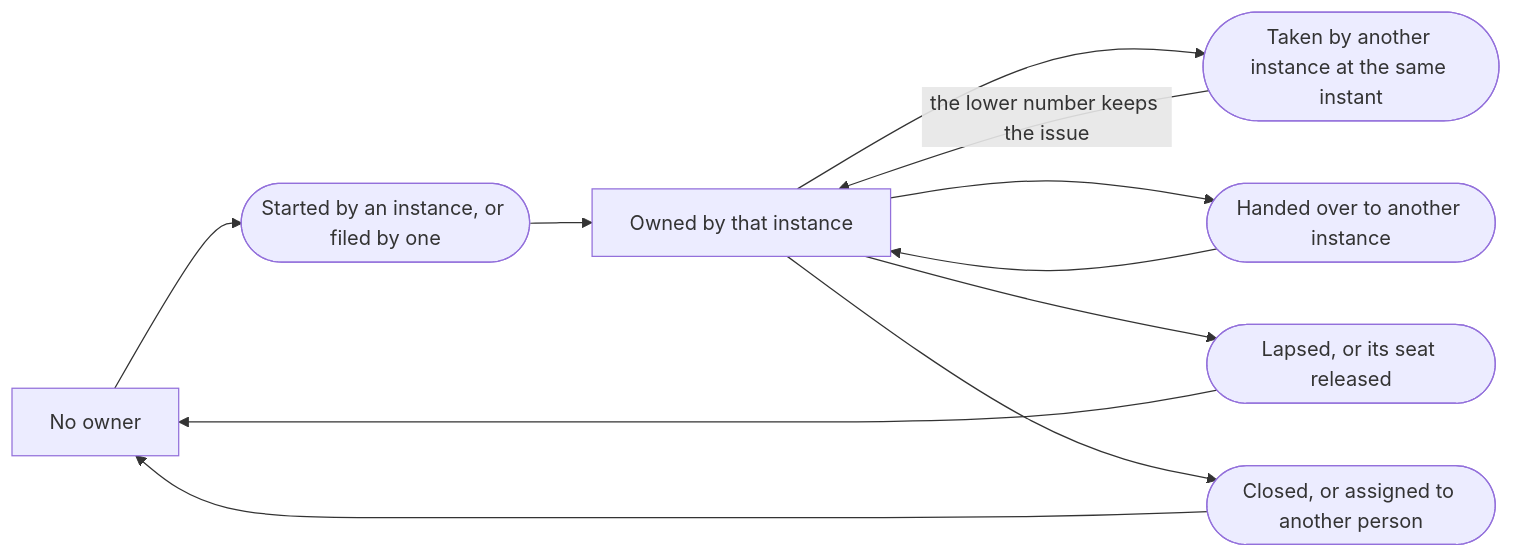
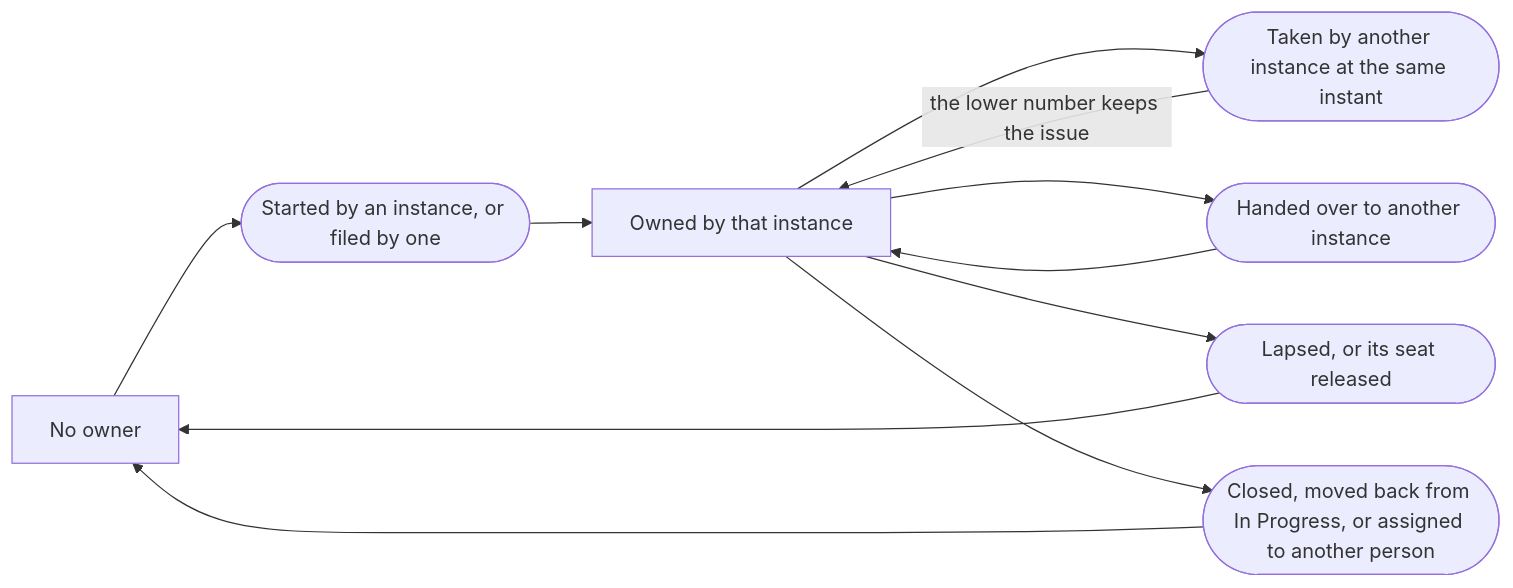
Before and after one commit to aleskalfas/project-kit: the second of 3 diagrams in tech-docs/analysis/project-management/domain-model/060-parallel-work.md, drawn with Mermaid. The commit also changed other lines of this file, not shown here.

Commit message:
docs(analysis): parallel work's owner is cleared by a move back from In Progress
DEC-035 point 4 now releases the owner when a person moves an issue back
from In Progress, so the owner's states, and the diagram of how an
issue's owner moves, name that move beside a close and a new assignee.

Claude-Session: https://claude.ai/code/session_01Hv5eJmkUrhSLsS8iGmUprd

````diff
--- a/tech-docs/analysis/project-management/domain-model/060-parallel-work.md
+++ b/tech-docs/analysis/project-management/domain-model/060-parallel-work.md
@@ -96,15 +96,15 @@
 ```mermaid
 flowchart LR
   accTitle: How an issue's owner moves
-  accDescr: An issue has no owner until an instance starts the issue, or files the issue from a seat other than the planning agent's. Where two instances take the issue at the same instant, the lower number keeps the issue. A hand-over moves the issue to another instance. A close, or a new assignee, clears the owner. In a project with a topology, an ownership that lapses, or whose seat is released, stops counting.
+  accDescr: An issue has no owner until an instance starts the issue, or files the issue from a seat other than the planning agent's. Where two instances take the issue at the same instant, the lower number keeps the issue. A hand-over moves the issue to another instance. A close, a move back from In Progress, or a new assignee clears the owner. In a project with a topology, an ownership that lapses, or whose seat is released, stops counting.
   none[No owner] --> taken([Started by an instance, or filed by one])
   taken --> owned[Owned by that instance]
   owned --> clash([Taken by another instance at the same instant])
   clash -->|the lower number keeps the issue| owned
   owned --> handed([Handed over to another instance])
   handed --> owned
   owned --> stopped([Lapsed, or its seat released])
   stopped --> none
-  owned --> cleared([Closed, or assigned to another person])
+  owned --> cleared([Closed, moved back from In Progress, or assigned to another person])
   cleared --> none
 ```
````
